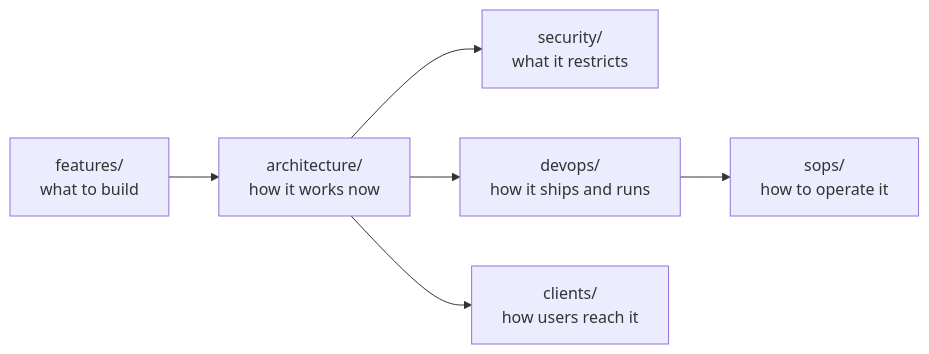
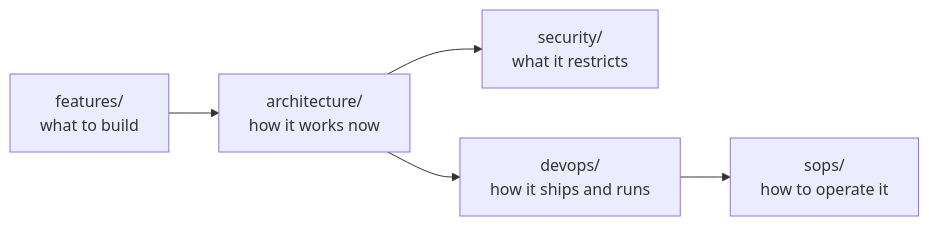
One commit to psarma89/plane changed the diagram in docs/INDEX.md. Above: the diagram before and after it, drawn with Mermaid. The commit also changed other lines of this file and 53 other files, not shown here.

First line of the commit message:
docs: complete the C4 architecture set, L1 to L4 (#9)

````diff
--- a/docs/INDEX.md
+++ b/docs/INDEX.md
@@ -43,8 +41,7 @@
 ```mermaid
 flowchart LR
     F[features/<br/>what to build] --> A[architecture/<br/>how it works now]
     A --> S[security/<br/>what it restricts]
     A --> D[devops/<br/>how it ships and runs]
     D --> O[sops/<br/>how to operate it]
-    A --> C[clients/<br/>how users reach it]
 ```
````
